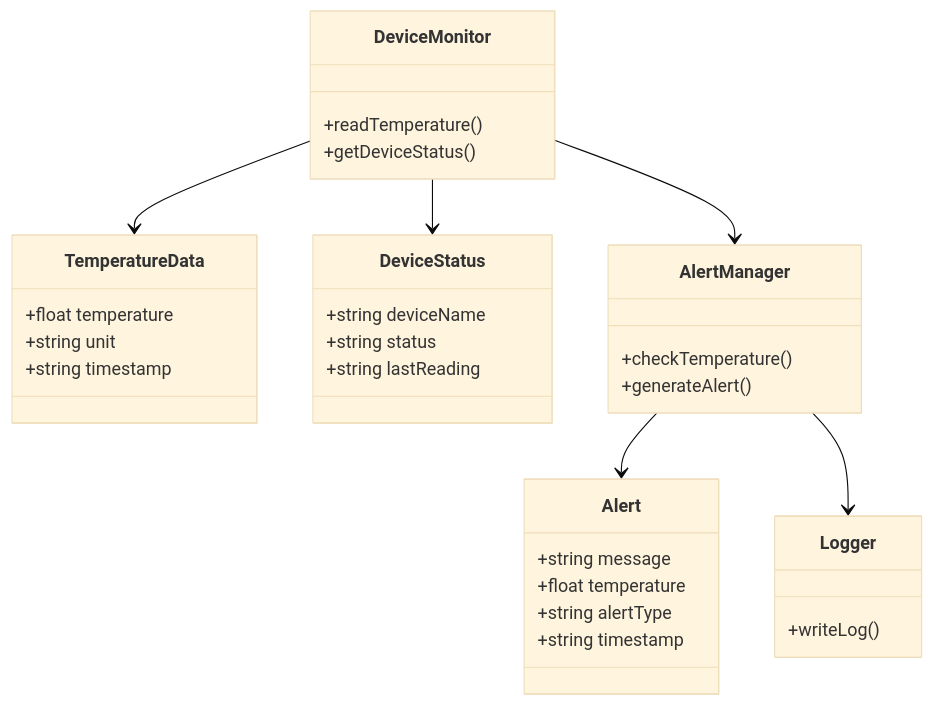
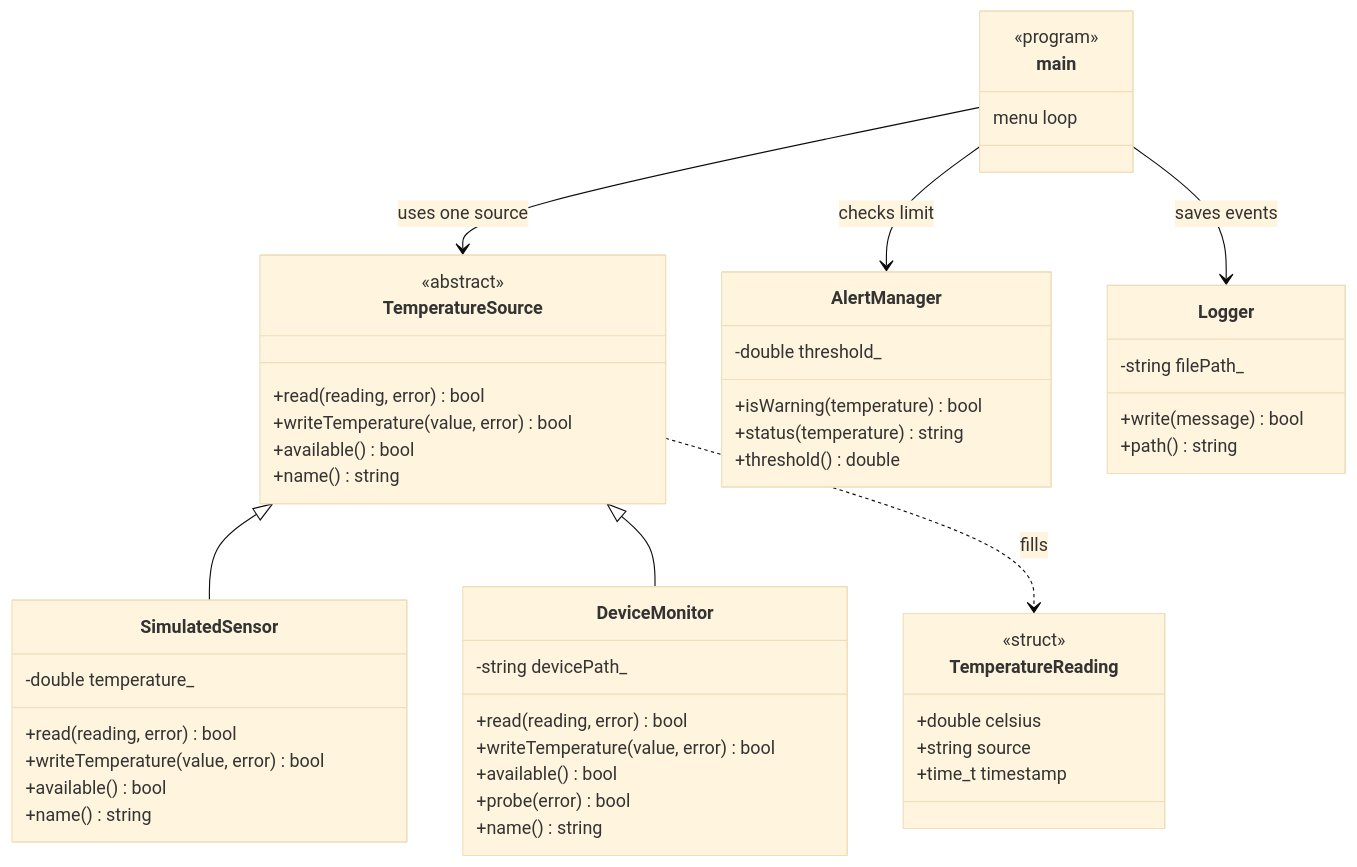
The first of 3 diagrams in docs/day-03/uml.md (Priyam-1126/Linux-Virtual-Temperature-Monitor), drawn with Mermaid (base theme) before and after one commit. The commit also changed other lines of this file and 27 other files, not shown here.

````diff
--- a/docs/day-03/uml.md
+++ b/docs/day-03/uml.md
@@ -7,41 +8,59 @@
 ```mermaid
 classDiagram
-    class TemperatureData {
-        +float temperature
-        +string unit
-        +string timestamp
+    class TemperatureReading {
+        <<struct>>
+        +double celsius
+        +string source
+        +time_t timestamp
     }
 
-    class DeviceStatus {
-        +string deviceName
-        +string status
-        +string lastReading
+    class TemperatureSource {
+        <<abstract>>
+        +read(reading, error) bool
+        +writeTemperature(value, error) bool
+        +available() bool
+        +name() string
     }
 
-    class Alert {
-        +string message
-        +float temperature
-        +string alertType
-        +string timestamp
+    class SimulatedSensor {
+        -double temperature_
+        +read(reading, error) bool
+        +writeTemperature(value, error) bool
+        +available() bool
+        +name() string
     }
 
     class DeviceMonitor {
-        +readTemperature()
-        +getDeviceStatus()
+        -string devicePath_
+        +read(reading, error) bool
+        +writeTemperature(value, error) bool
+        +available() bool
+        +probe(error) bool
+        +name() string
     }
 
     class AlertManager {
-        +checkTemperature()
-        +generateAlert()
+        -double threshold_
+        +isWarning(temperature) bool
+        +status(temperature) string
+        +threshold() double
     }
 
     class Logger {
-        +writeLog()
+        -string filePath_
+        +write(message) bool
+        +path() string
     }
 
-    DeviceMonitor --> TemperatureData
-    DeviceMonitor --> DeviceStatus
-    DeviceMonitor --> AlertManager
-    AlertManager --> Alert
-    AlertManager --> Logger
+    class main {
+        <<program>>
+        menu loop
+    }
+
+    TemperatureSource <|-- SimulatedSensor
+    TemperatureSource <|-- DeviceMonitor
+    TemperatureSource ..> TemperatureReading : fills
+    main --> TemperatureSource : uses one source
+    main --> AlertManager : checks limit
+    main --> Logger : saves events
 ```
````
